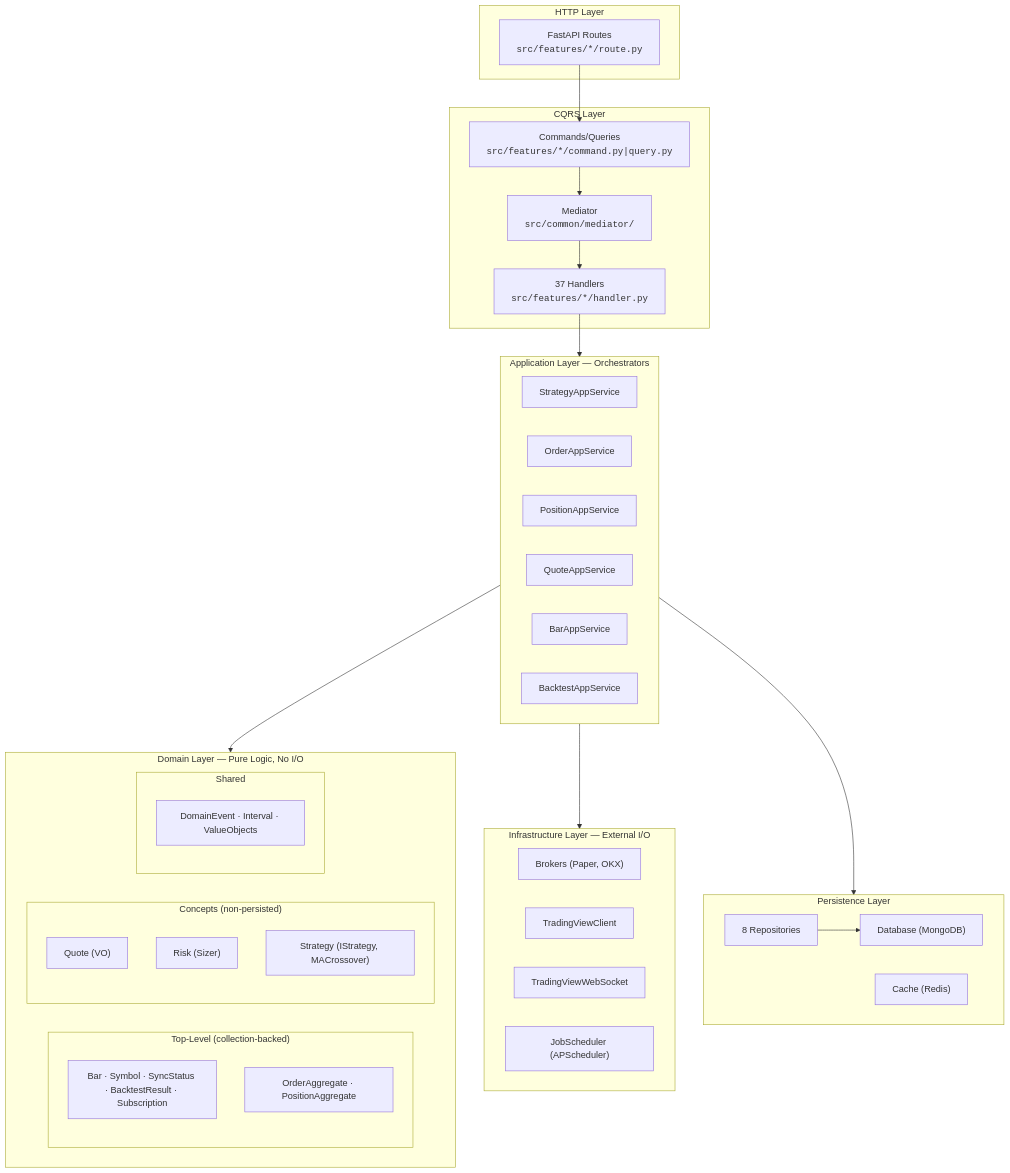
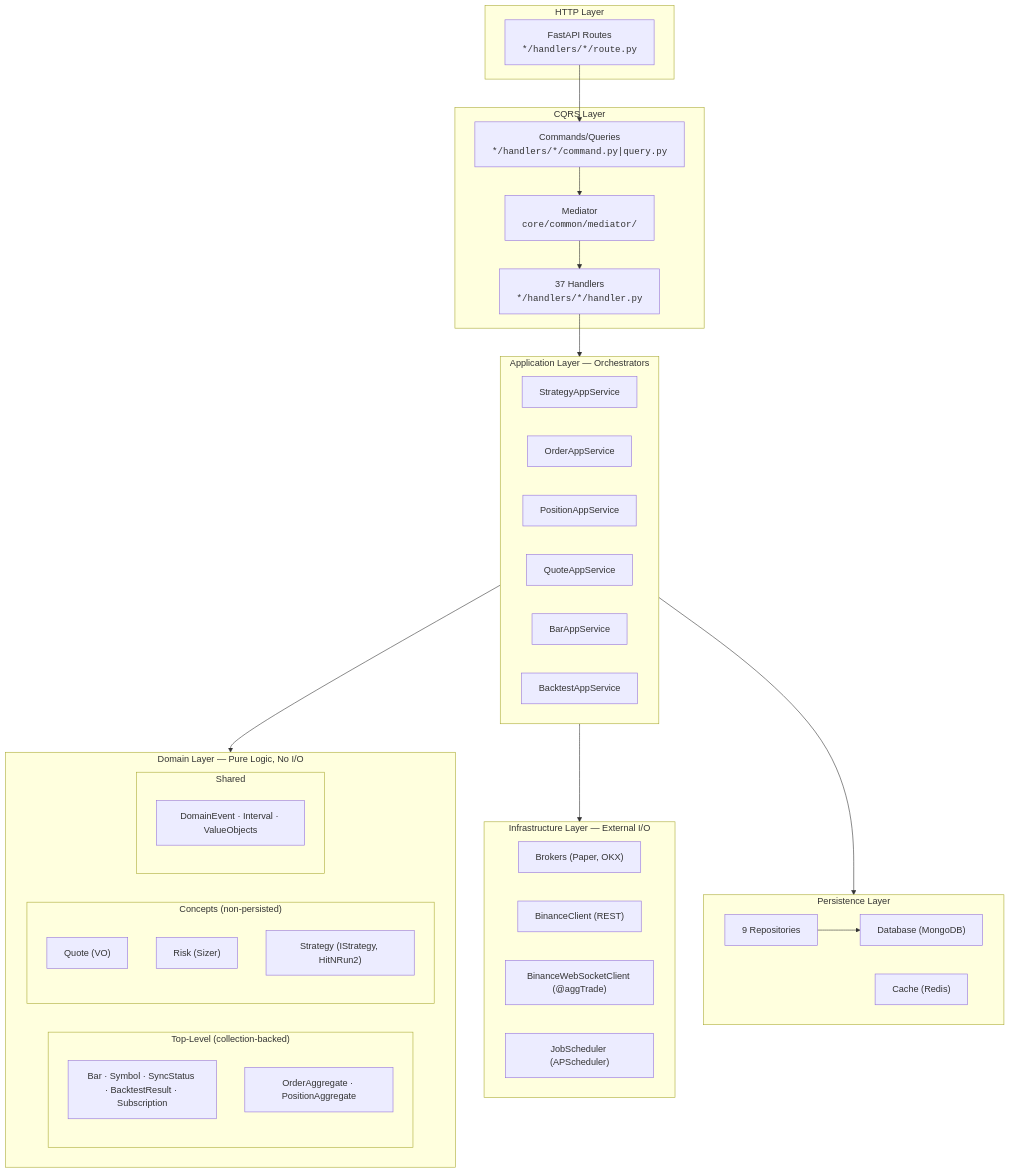
One commit to camping89/pocketquant changed the first of 4 diagrams in docs/architecture-visual-map.md. Above: the diagram before and after it, drawn with Mermaid. The commit also changed other lines of this file and 12 other files, not shown here.

First line of the commit message:
docs: restructure docs for clarity, update API examples, remove dead tradingview code

````diff
--- a/docs/architecture-visual-map.md
+++ b/docs/architecture-visual-map.md
@@ -110,56 +110,56 @@
 ```mermaid
 graph TB
     subgraph HTTP["HTTP Layer"]
-        Routes["FastAPI Routes<br/><code>src/features/*/route.py</code>"]
+        Routes["FastAPI Routes<br/><code>*/handlers/*/route.py</code>"]
     end
 
     subgraph CQRS["CQRS Layer"]
-        Commands["Commands/Queries<br/><code>src/features/*/command.py|query.py</code>"]
-        Med["Mediator<br/><code>src/common/mediator/</code>"]
-        Handlers["37 Handlers<br/><code>src/features/*/handler.py</code>"]
+        Commands["Commands/Queries<br/><code>*/handlers/*/command.py|query.py</code>"]
+        Med["Mediator<br/><code>core/common/mediator/</code>"]
+        Handlers["37 Handlers<br/><code>*/handlers/*/handler.py</code>"]
     end
 
     subgraph APP["Application Layer — Orchestrators"]
         StrategyAppService["StrategyAppService"]
         OrderAppService["OrderAppService"]
         PositionAppService["PositionAppService"]
         QuoteAppService["QuoteAppService"]
         BarAppService["BarAppService"]
         BacktestAppService["BacktestAppService"]
     end
 
     subgraph DOMAIN["Domain Layer — Pure Logic, No I/O"]
         subgraph TOPLEVEL["Top-Level (collection-backed)"]
             BarEnt["Bar · Symbol · SyncStatus · BacktestResult · Subscription"]
             Aggregates["OrderAggregate · PositionAggregate"]
         end
         subgraph CONCEPTS["Concepts (non-persisted)"]
             QuoteVO["Quote (VO)"]
             RiskSvc["Risk (Sizer)"]
-            StrategySvc["Strategy (IStrategy, MACrossover)"]
+            StrategySvc["Strategy (IStrategy, HitNRun2)"]
         end
         subgraph SHARED["Shared"]
             SharedBase["DomainEvent · Interval · ValueObjects"]
         end
     end
 
     subgraph INFRA["Infrastructure Layer — External I/O"]
         Brokers["Brokers (Paper, OKX)"]
-        TVClient["TradingViewClient"]
-        TVWebSocket["TradingViewWebSocket"]
+        BinanceClient["BinanceClient (REST)"]
+        BinanceWS["BinanceWebSocketClient (@aggTrade)"]
         Scheduler["JobScheduler (APScheduler)"]
     end
 
     subgraph PERSIST["Persistence Layer"]
         DB["Database (MongoDB)"]
         Cache["Cache (Redis)"]
-        Repos["8 Repositories"]
+        Repos["9 Repositories"]
     end
 
     Routes --> Commands --> Med --> Handlers
     Handlers --> APP
     APP --> DOMAIN
     APP --> INFRA
     APP --> PERSIST
     Repos --> DB
 ```
````
